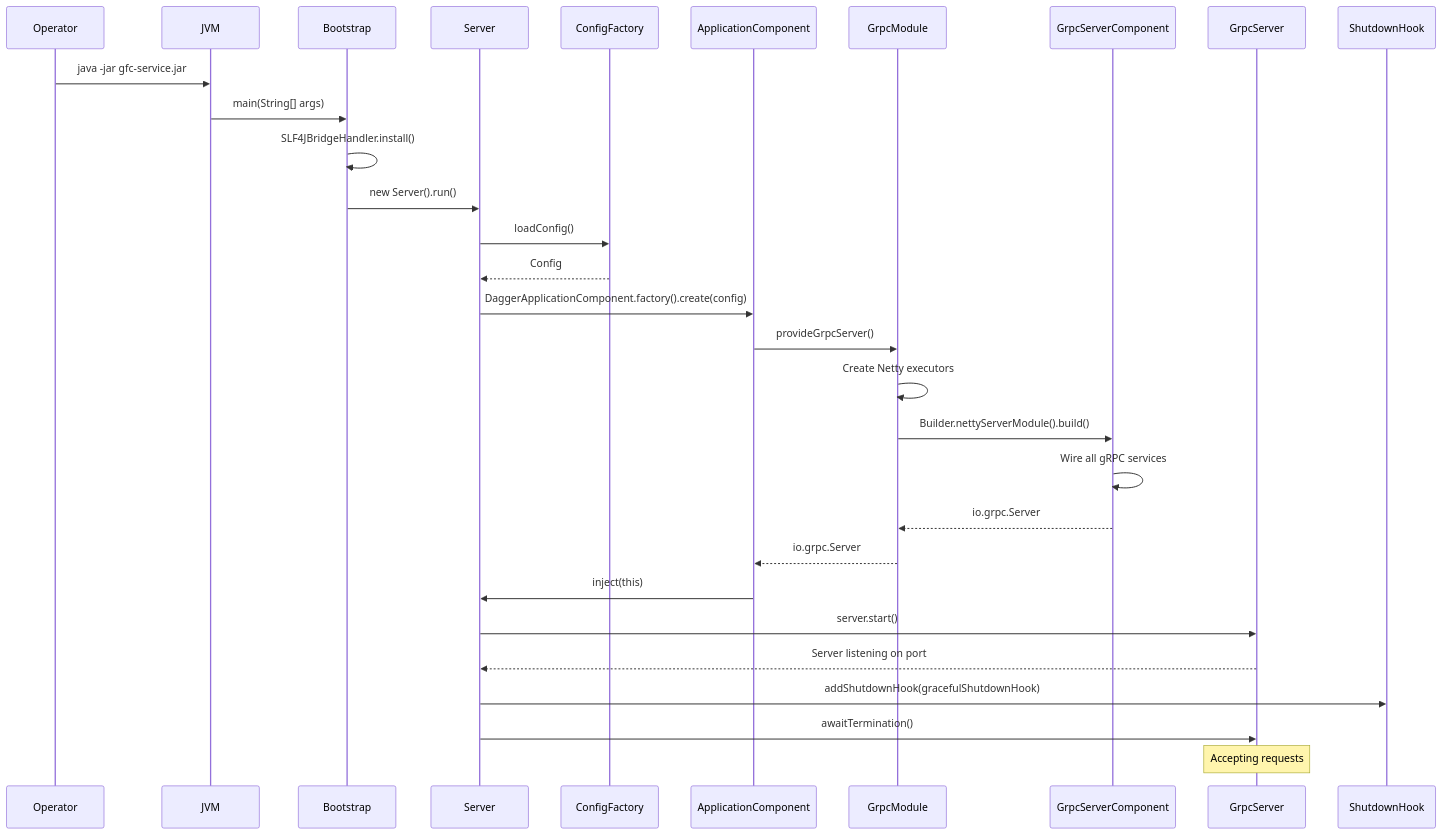
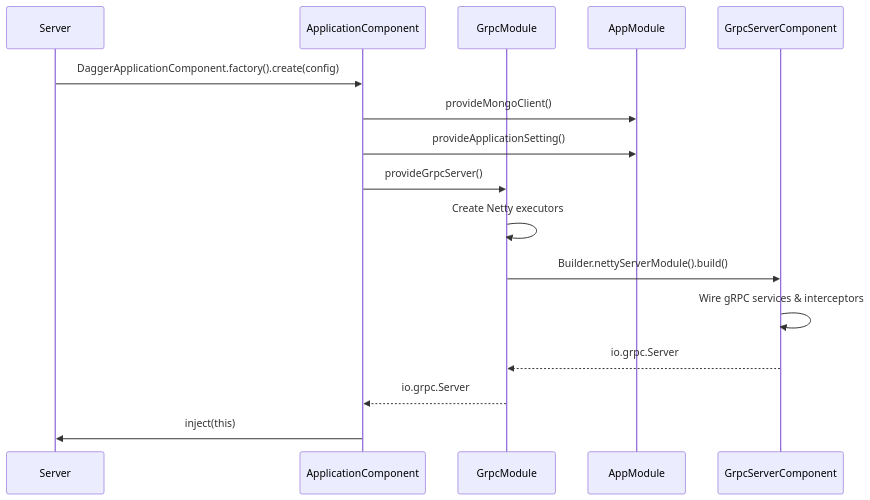
The second of 4 diagrams in app/refine/Runtime.md (sbhrwl/microservices), drawn with Mermaid before and after one commit. The commit also changed other lines of this file, not shown here.

````diff
--- a/app/refine/Runtime.md
+++ b/app/refine/Runtime.md
@@ -24,32 +40,18 @@
 ```mermaid
 sequenceDiagram
-    participant Operator
-    participant JVM
-    participant Bootstrap
     participant Server
-    participant ConfigFactory
     participant ApplicationComponent
     participant GrpcModule
+    participant AppModule
     participant GrpcServerComponent
-    participant GrpcServer
-    participant ShutdownHook
-    Operator->>JVM: java -jar gfc-service.jar
-    JVM->>Bootstrap: main(String[] args)
-    Bootstrap->>Bootstrap: SLF4JBridgeHandler.install()
-    Bootstrap->>Server: new Server().run()
-    Server->>ConfigFactory: loadConfig()
-    ConfigFactory-->>Server: Config
     Server->>ApplicationComponent: DaggerApplicationComponent.factory().create(config)
+    ApplicationComponent->>AppModule: provideMongoClient()
+    ApplicationComponent->>AppModule: provideApplicationSetting()
     ApplicationComponent->>GrpcModule: provideGrpcServer()
     GrpcModule->>GrpcModule: Create Netty executors
     GrpcModule->>GrpcServerComponent: Builder.nettyServerModule().build()
-    GrpcServerComponent->>GrpcServerComponent: Wire all gRPC services
+    GrpcServerComponent->>GrpcServerComponent: Wire gRPC services & interceptors
     GrpcServerComponent-->>GrpcModule: io.grpc.Server
     GrpcModule-->>ApplicationComponent: io.grpc.Server
     ApplicationComponent->>Server: inject(this)
-    Server->>GrpcServer: server.start()
-    GrpcServer-->>Server: Server listening on port
-    Server->>ShutdownHook: addShutdownHook(gracefulShutdownHook)
-    Server->>GrpcServer: awaitTermination()
-    Note over GrpcServer: Accepting requests
 ```
````
